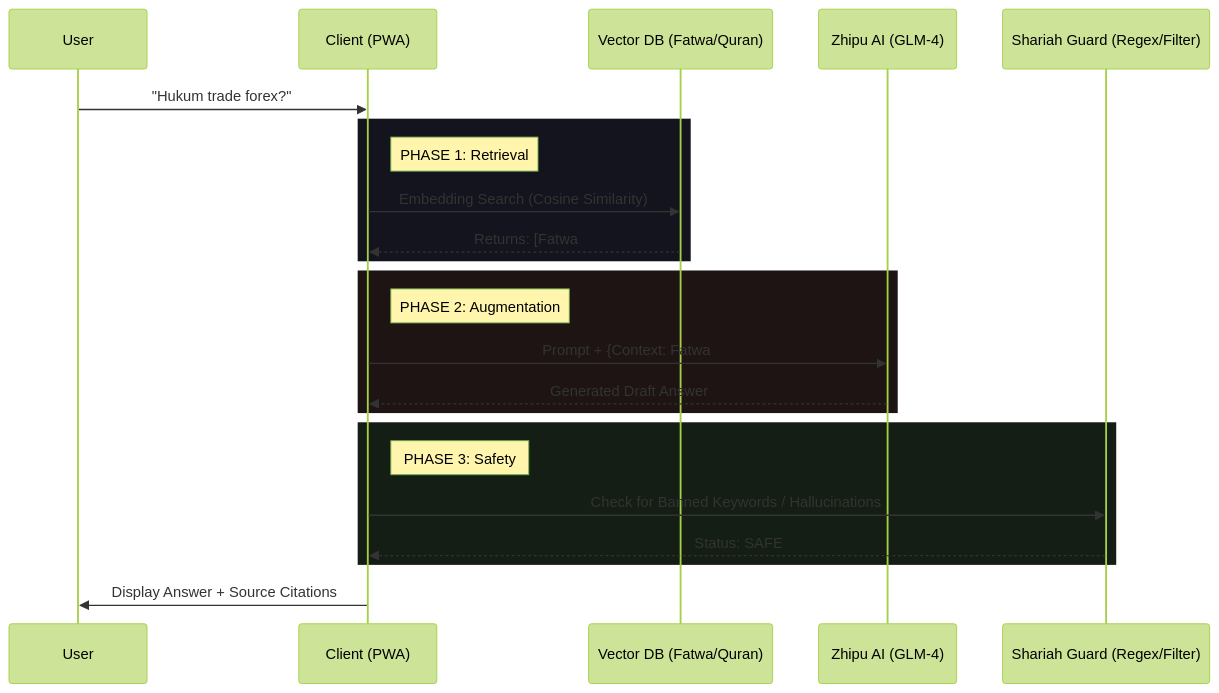
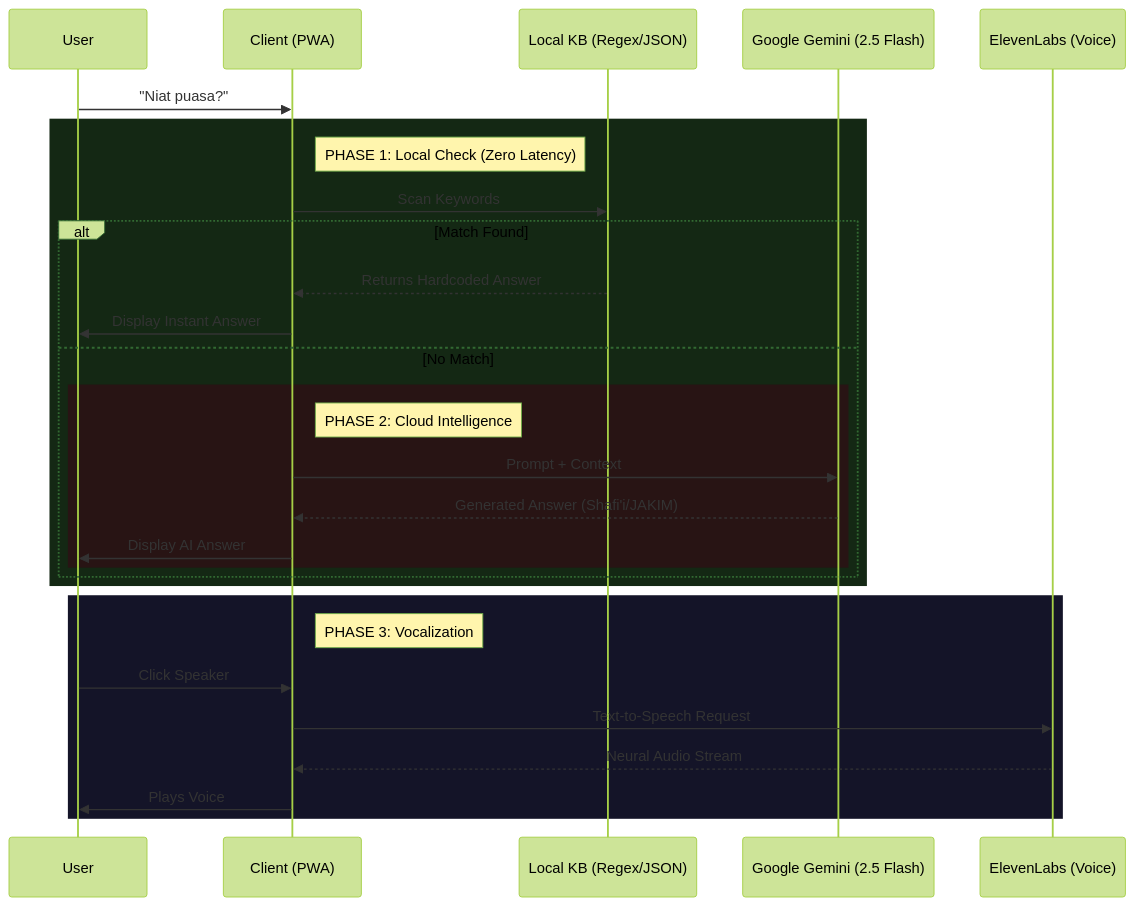
The third of 4 diagrams in Architecture.md (thisisniagahub/QuranPulse-v6.0), drawn with Mermaid (forest theme) before and after one commit. The commit also changed other lines of this file and 4 other files, not shown here.

````diff
--- a/Architecture.md
+++ b/Architecture.md
@@ -154,30 +154,34 @@
 ```mermaid
 sequenceDiagram
     participant User
     participant App as Client (PWA)
-    participant Vector as Vector DB (Fatwa/Quran)
-    participant LLM as Zhipu AI (GLM-4)
-    participant Guard as Shariah Guard (Regex/Filter)
+    participant Local as Local KB (Regex/JSON)
+    participant Cloud as Google Gemini (2.5 Flash)
+    participant TTS as ElevenLabs (Voice)
 
-    User->>App: "Hukum trade forex?"
+    User->>App: "Niat puasa?"
     
-    rect rgb(20, 20, 30)
-        Note right of App: PHASE 1: Retrieval
-        App->>Vector: Embedding Search (Cosine Similarity)
-        Vector-->>App: Returns: [Fatwa #123, Hadith #456]
-    end
-    
-    rect rgb(30, 20, 20)
-        Note right of App: PHASE 2: Augmentation
-        App->>LLM: Prompt + {Context: Fatwa #123}
-        LLM-->>App: Generated Draft Answer
+    rect rgb(20, 40, 20)
+        Note right of App: PHASE 1: Local Check (Zero Latency)
+        App->>Local: Scan Keywords
+        alt Match Found
+            Local-->>App: Returns Hardcoded Answer
+            App->>User: Display Instant Answer
+        else No Match
+            rect rgb(40, 20, 20)
+                Note right of App: PHASE 2: Cloud Intelligence
+                App->>Cloud: Prompt + Context
+                Cloud-->>App: Generated Answer (Shafi'i/JAKIM)
+                App->>User: Display AI Answer
+            end
+        end
     end
 
-    rect rgb(20, 30, 20)
-        Note right of App: PHASE 3: Safety
-        App->>Guard: Check for Banned Keywords / Hallucinations
-        Guard-->>App: Status: SAFE
+    rect rgb(20, 20, 40)
+        Note right of App: PHASE 3: Vocalization
+        User->>App: Click Speaker
+        App->>TTS: Text-to-Speech Request
+        TTS-->>App: Neural Audio Stream
+        App->>User: Plays Voice
     end
-
-    App->>User: Display Answer + Source Citations
 ```
````
